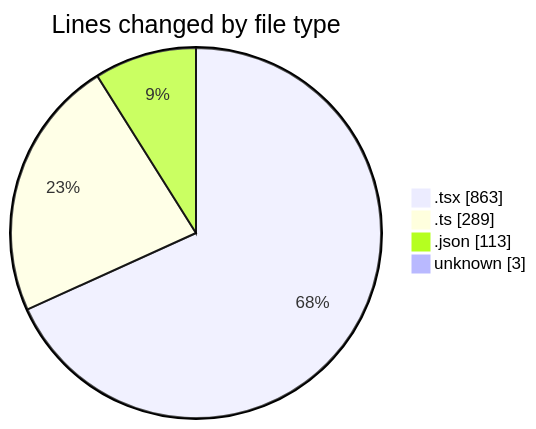
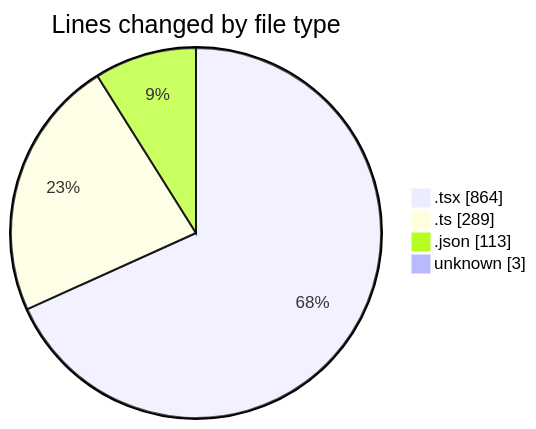
One commit to momahboobian/code-tracking changed the first of 2 diagrams in 2025-02-23/pdf-analysis-app/README.md. Above: the diagram before and after it, drawn with Mermaid. The commit also changed other lines of this file and 1 other file, not shown here.

````diff
--- a/2025-02-23/pdf-analysis-app/README.md
+++ b/2025-02-23/pdf-analysis-app/README.md
@@ -33,8 +33,8 @@
 ```mermaid
 pie showData
 title Lines changed by file type
-".tsx" : 863
+".tsx" : 864
 ".ts" : 289
 ".json" : 113
 "unknown" : 3
 ```
````
